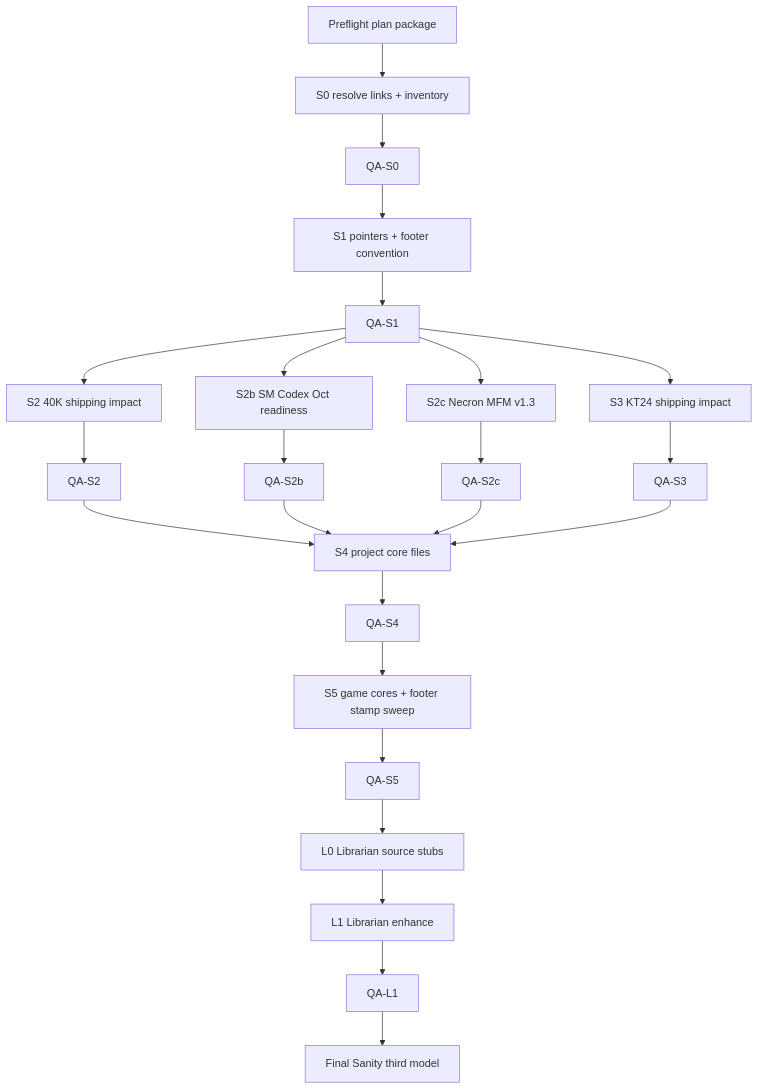
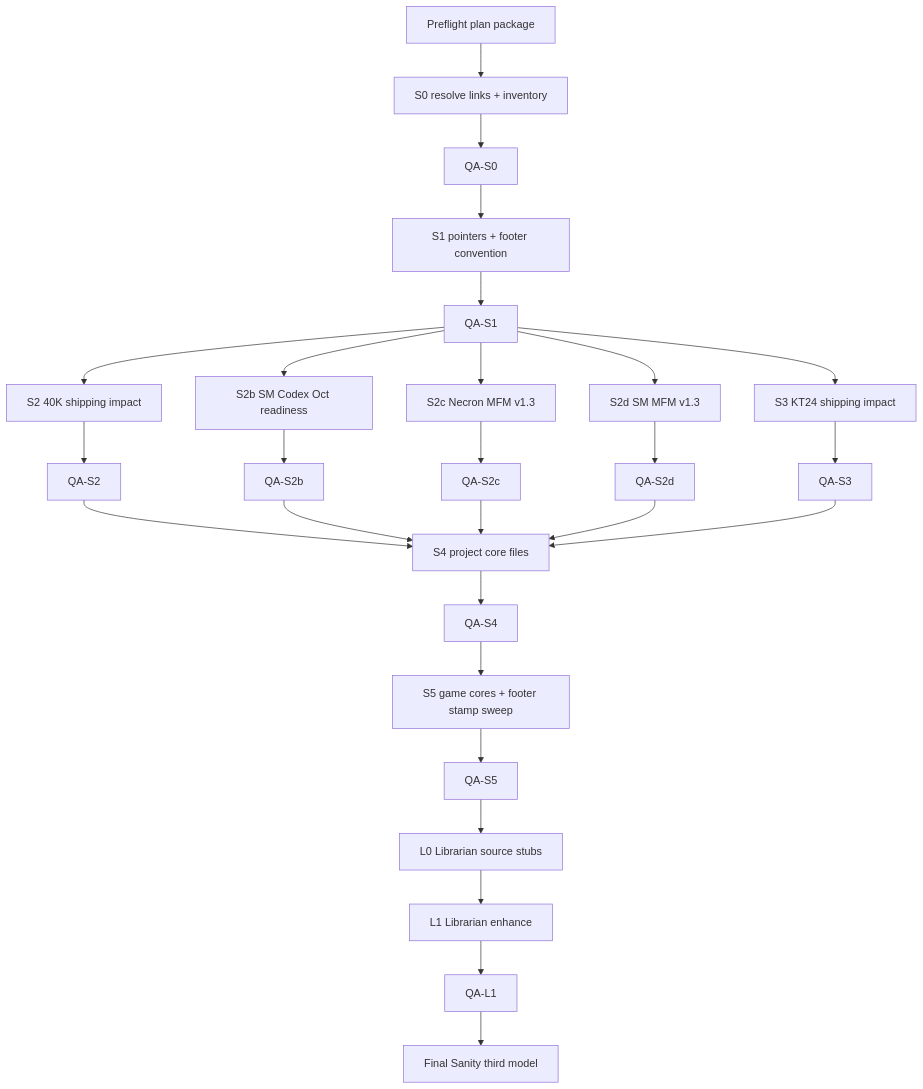
One commit to russell-catt/Wargame_Concierge changed the diagram in docs/handoffs/dataslate_0826/track_in.md. Above: the diagram before and after it, drawn with Mermaid. The commit also changed other lines of this file and 4 other files, not shown here.

````diff
--- a/docs/handoffs/dataslate_0826/track_in.md
+++ b/docs/handoffs/dataslate_0826/track_in.md
@@ -131,34 +139,37 @@
 ```mermaid
 flowchart TD
   PF[Preflight plan package]
   S0[S0 resolve links + inventory]
   QA0[QA-S0]
   S1[S1 pointers + footer convention]
   QA1[QA-S1]
   S2[S2 40K shipping impact]
   QA2[QA-S2]
   S3[S3 KT24 shipping impact]
   QA3[QA-S3]
   S4[S4 project core files]
   QA4[QA-S4]
   S5[S5 game cores + footer stamp sweep]
   QA5[QA-S5]
   L0[L0 Librarian source stubs]
   L1[L1 Librarian enhance]
   QAL[QA-L1]
   FS[Final Sanity third model]
 
   PF --> S0 --> QA0 --> S1 --> QA1
   QA1 --> S2 --> QA2
   QA1 --> S2b[S2b SM Codex Oct readiness]
   S2b --> QA2b[QA-S2b]
   QA1 --> S2c[S2c Necron MFM v1.3]
   S2c --> QA2c[QA-S2c]
+  QA1 --> S2d[S2d SM MFM v1.3]
+  S2d --> QA2d[QA-S2d]
   QA1 --> S3 --> QA3
   QA2 --> S4
   QA2b --> S4
   QA2c --> S4
+  QA2d --> S4
   QA3 --> S4
   S4 --> QA4 --> S5 --> QA5
   QA5 --> L0 --> L1 --> QAL --> FS
 ```
````
